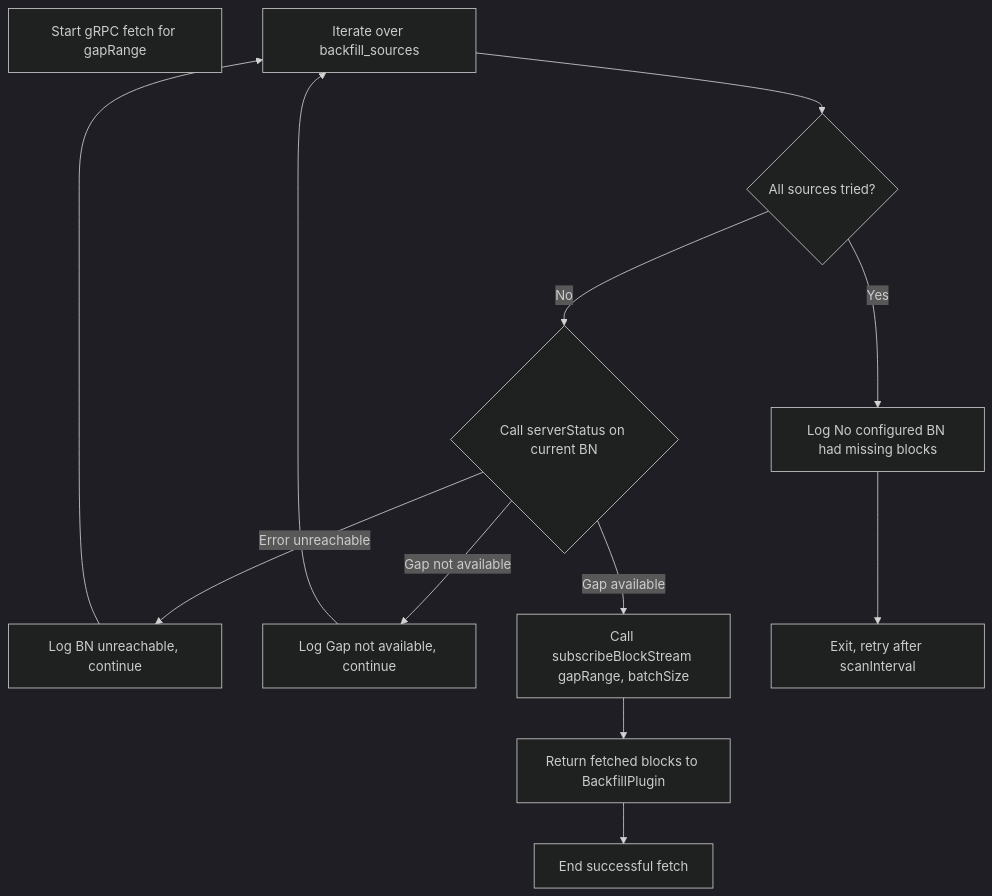
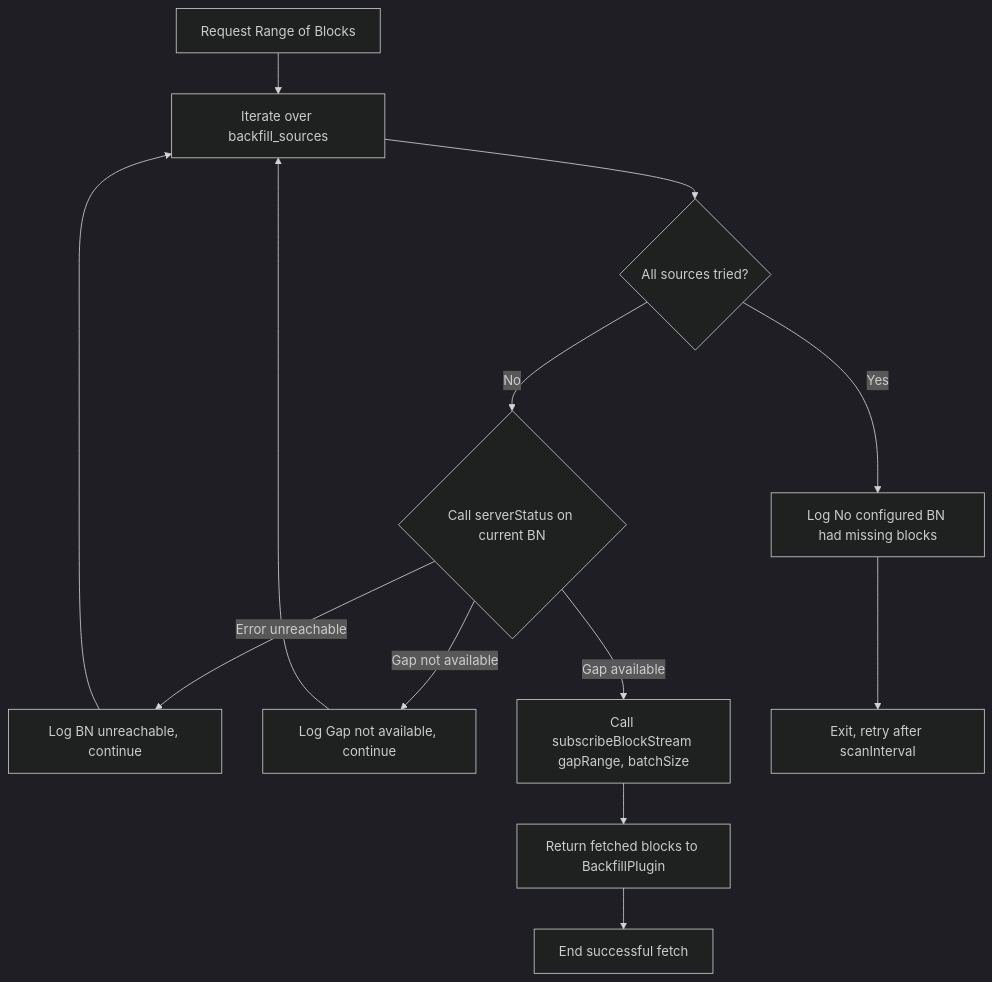
The third of 3 diagrams in docs/design/backfill-plugin.md (hiero-ledger/hiero-block-node), drawn with Mermaid (dark theme) before and after one commit.

Commit message:
yet another improvement

````diff
--- a/docs/design/backfill-plugin.md
+++ b/docs/design/backfill-plugin.md
@@ -162,18 +162,18 @@
 ```mermaid
 flowchart TD
-    A[Start gRPC fetch for gapRange]
+    A[Request Range of Blocks] --> B
     B[Iterate over backfill_sources]
     C{Call serverStatus on current BN}
     C -->|Error unreachable| E1[Log BN unreachable, continue]
     C -->|Gap not available| E2[Log Gap not available, continue]
     C -->|Gap available| D[Call subscribeBlockStream gapRange, batchSize]
     D --> F[Return fetched blocks to BackfillPlugin]
     F --> G[End successful fetch]
     E1 --> B
     E2 --> B
     B --> H{All sources tried?}
     H -->|No| C
     H -->|Yes| E3[Log No configured BN had missing blocks]
     E3 --> I[Exit, retry after scanInterval]
 
 ```
````
